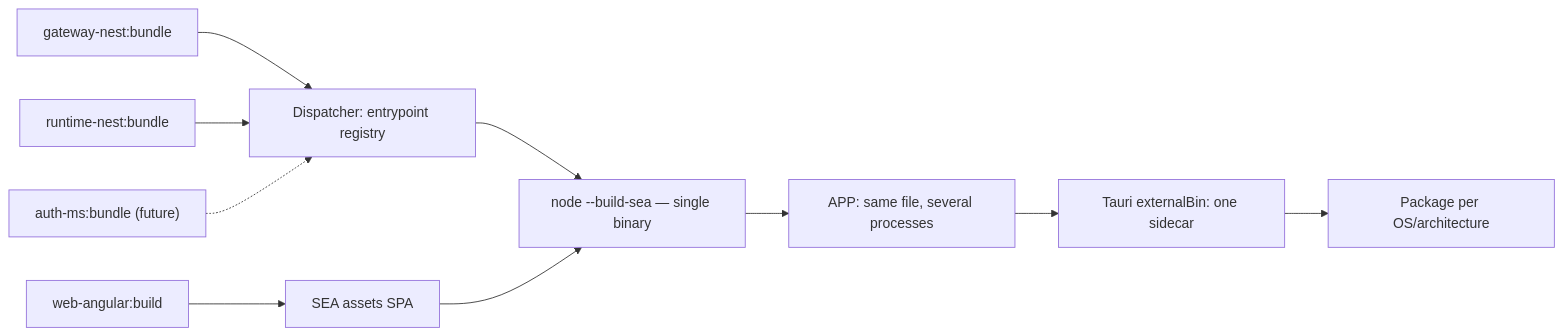
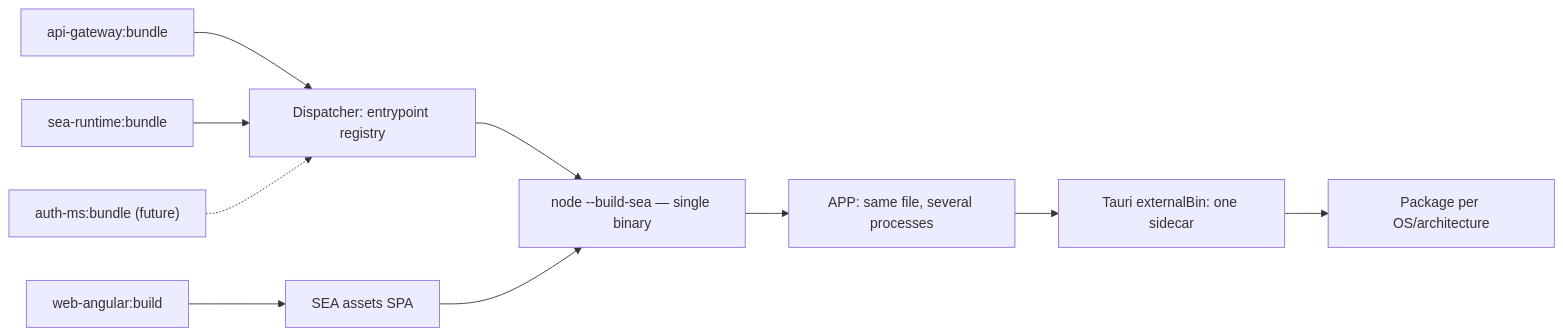
The fifth of 15 diagrams in docs/requirements/11-nx-quality-testing.md (virgenherrera/lan-solution-template), drawn with Mermaid before and after one commit. The commit also changed other lines of this file and 59 other files, not shown here.

Commit message:
feat: POC-1 monorepo, Nest apps and one SEA sidecar (1a to 1c) (#4)

````diff
--- a/docs/requirements/11-nx-quality-testing.md
+++ b/docs/requirements/11-nx-quality-testing.md
@@ -167,12 +167,12 @@
 ```mermaid
 flowchart LR
     ANG["web-angular:build"] --> ASSETS["SEA assets SPA"]
-    G["gateway-nest:bundle"] --> REG["Dispatcher: entrypoint registry"]
-    R["runtime-nest:bundle"] --> REG
+    G["api-gateway:bundle"] --> REG["Dispatcher: entrypoint registry"]
+    R["sea-runtime:bundle"] --> REG
     F["auth-ms:bundle (future)"] -.-> REG
     REG --> SINGLE["node --build-sea — single binary"]
     ASSETS --> SINGLE
     SINGLE --> TEST["APP: same file, several processes"]
     TEST --> TAURI["Tauri externalBin: one sidecar"]
     TAURI --> PKG["Package per OS/architecture"]
 ```
````
